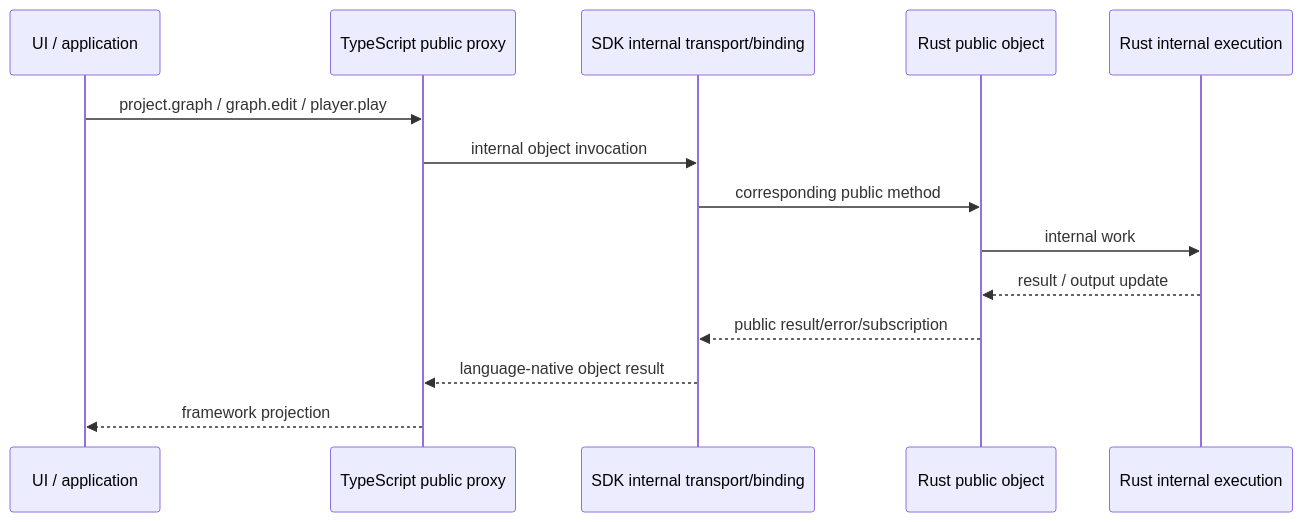
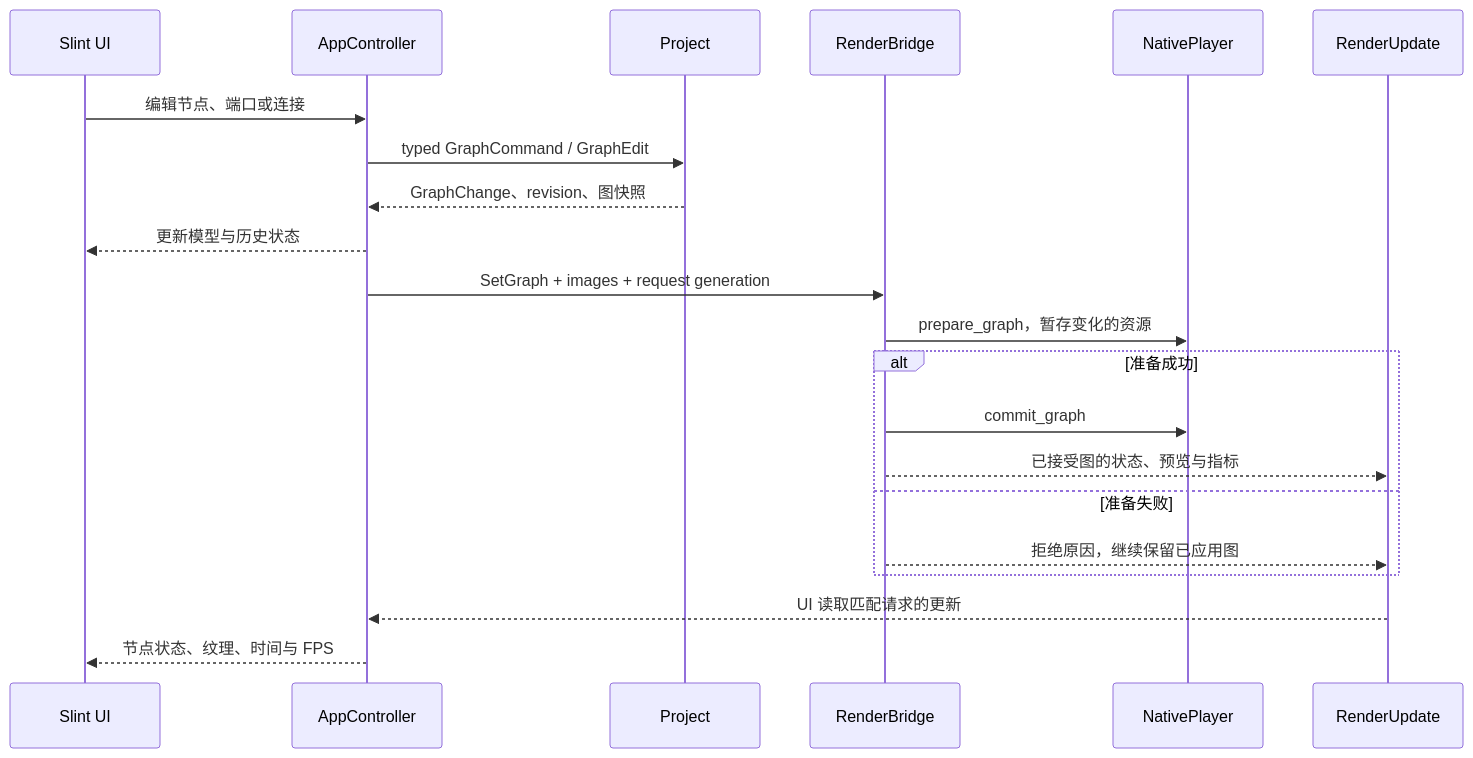
Before and after one commit to sanitor/open_quartz: the third of 6 diagrams in docs/DESIGN.md, drawn with Mermaid. The commit also changed other lines of this file and 7 other files, not shown here.

Commit message:
docs: rewrite architecture around current native components and dataflow

````diff
--- a/docs/DESIGN.md
+++ b/docs/DESIGN.md
@@ -740,17 +112,24 @@
 ```mermaid
 sequenceDiagram
-    participant UI as UI / application
-    participant Proxy as TypeScript public proxy
-    participant Internal as SDK internal transport/binding
-    participant Rust as Rust public object
-    participant Exec as Rust internal execution
+    participant UI as Slint UI
+    participant A as AppController
+    participant P as Project
+    participant B as RenderBridge
+    participant N as NativePlayer
+    participant U as RenderUpdate
 
-    UI->>Proxy: project.graph / graph.edit / player.play
-    Proxy->>Internal: internal object invocation
-    Internal->>Rust: corresponding public method
-    Rust->>Exec: internal work
-    Exec-->>Rust: result / output update
-    Rust-->>Internal: public result/error/subscription
-    Internal-->>Proxy: language-native object result
-    Proxy-->>UI: framework projection
+    UI->>A: 编辑节点、端口或连接
+    A->>P: typed GraphCommand / GraphEdit
+    P-->>A: GraphChange、revision、图快照
+    A-->>UI: 更新模型与历史状态
+    A->>B: SetGraph + images + request generation
+    B->>N: prepare_graph，暂存变化的资源
+    alt 准备成功
+        B->>N: commit_graph
+        B-->>U: 已接受图的状态、预览与指标
+    else 准备失败
+        B-->>U: 拒绝原因，继续保留已应用图
+    end
+    U-->>A: UI 读取匹配请求的更新
+    A-->>UI: 节点状态、纹理、时间与 FPS
 ```
````
